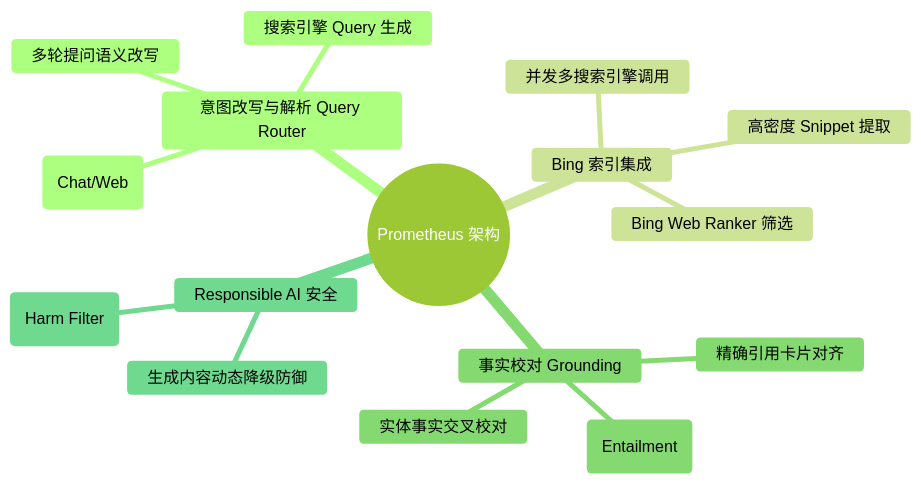
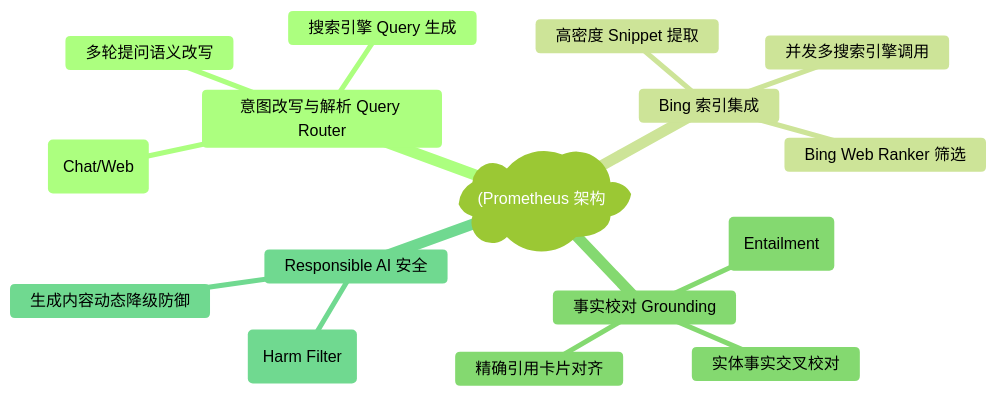
The first of 5 diagrams in docs/atlas/bing-copilot.mdx (koosai/AI-Architect-Learning), drawn with Mermaid (forest theme) before and after one commit. The commit also changed other lines of this file and 187 other files, not shown here.

Commit message:
fix(mermaid): fix all unquoted parens and edge label syntax errors across all docs

````diff
--- a/docs/atlas/bing-copilot.mdx
+++ b/docs/atlas/bing-copilot.mdx
@@ -62,19 +62,19 @@
 ```mermaid
 mindmap
-  root((Prometheus 架构))
+  root("(Prometheus 架构"))
     意图改写与解析 Query Router
       多轮提问语义改写
       搜索引擎 Query 生成
       多源路由 (Chat/Web)
     Bing 索引集成
       并发多搜索引擎调用
       Bing Web Ranker 筛选
       高密度 Snippet 提取
     事实校对 Grounding
       单句语义蕴含分类 (Entailment)
       实体事实交叉校对
       精确引用卡片对齐
     Responsible AI 安全
       输入安全拦截器 (Harm Filter)
       生成内容动态降级防御
 ```
````
